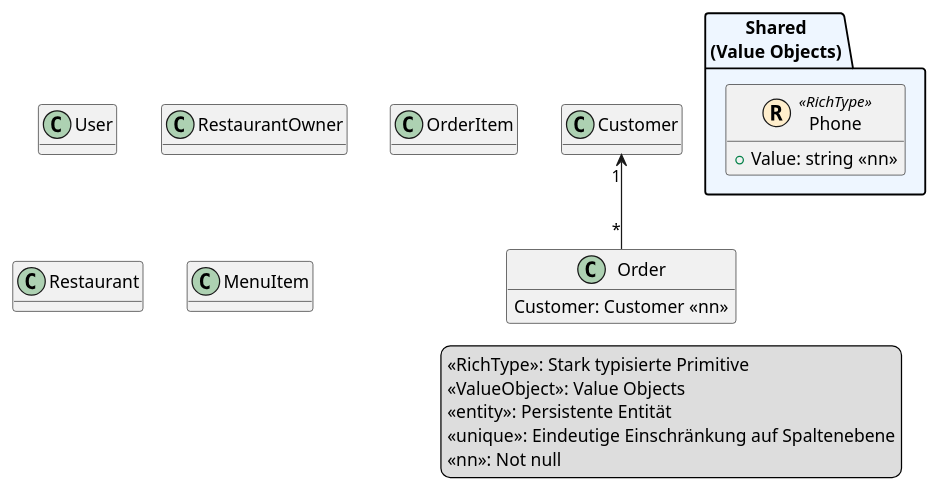
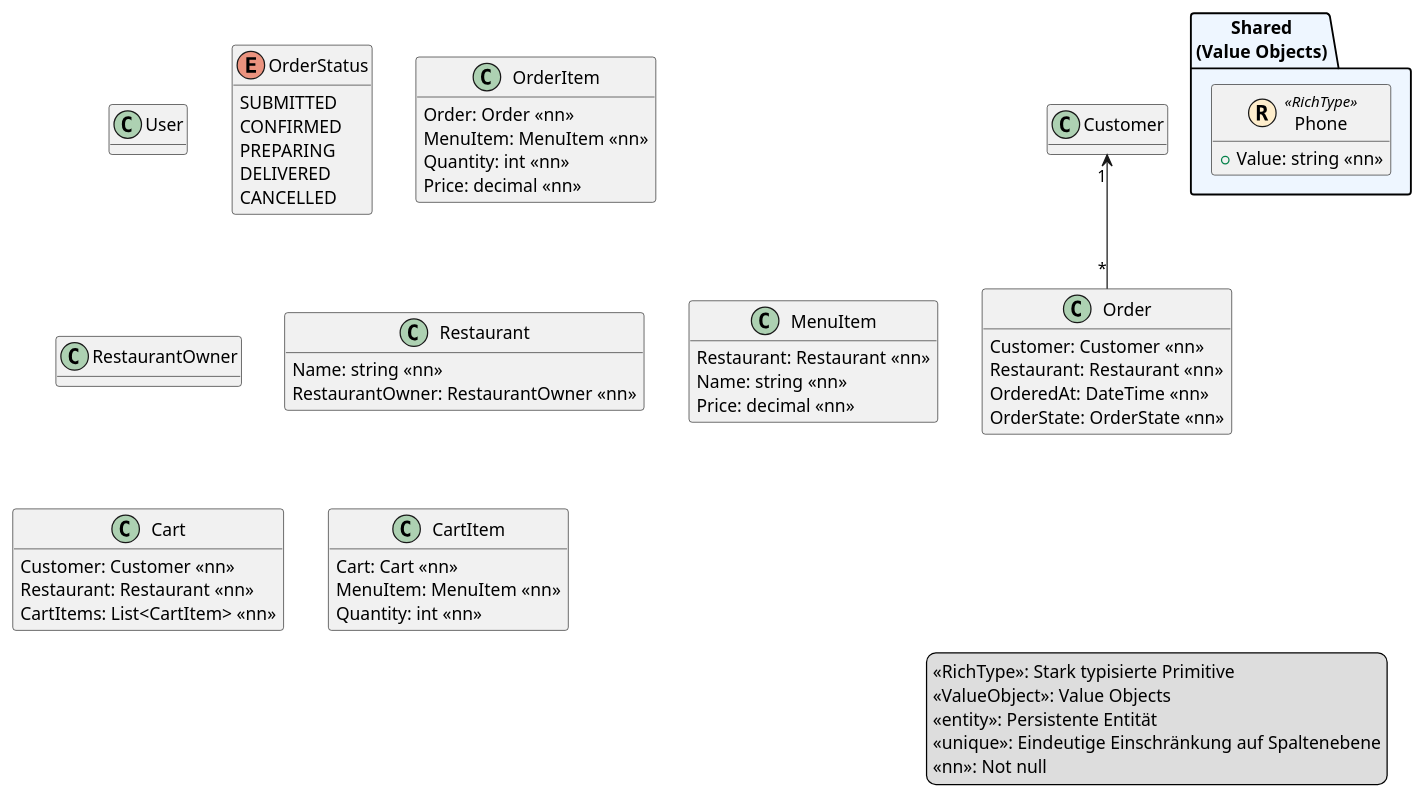
Before and after one commit to rw-dalai/spengerbite-api-6baif: the diagram in model.puml, drawn with PlantUML.

Commit message:
feat: draft puml

```diff
--- a/model.puml
+++ b/model.puml
@@ -1,49 +1,84 @@
 @startuml
 ' ---- Layout & Stil ----
 hide empty methods
  
 ' ---- Legende ----
 legend right
 <<RichType>>: Stark typisierte Primitive
 <<ValueObject>>: Value Objects
 <<entity>>: Persistente Entität
 <<unique>>: Eindeutige Einschränkung auf Spaltenebene
 <<nn>>: Not null
 endlegend
  
 ' ===================== Packages =====================
 
 package "Shared\n(Value Objects)" as P_Shared #EEF6FF {
  
   class Phone << (R,#FFEECC) RichType >> {
     +Value: string <<nn>>
   }
 }
 
 class User {}
 
 class Customer {}
 
+enum OrderStatus {
+  SUBMITTED
+  CONFIRMED
+  PREPARING
+  DELIVERED
+  CANCELLED
+}
+
+class Order {
+  Customer: Customer <<nn>>
+  Restaurant: Restaurant <<nn>>
+  OrderedAt: DateTime <<nn>>
+  OrderState: OrderState <<nn>>
+}
+
+class OrderItem {
+  Order: Order <<nn>>
+  MenuItem: MenuItem <<nn>>
+  Quantity: int <<nn>>
+  Price: decimal <<nn>>
+}
+
 class RestaurantOwner {}
 
-class Order {
- Customer: Customer <<nn>>
+class Restaurant {
+  Name: string <<nn>>
+  RestaurantOwner: RestaurantOwner <<nn>>
 }
 
-class OrderItem {}
+class MenuItem {
+  Restaurant: Restaurant <<nn>>
+  Name: string <<nn>>
+  Price: decimal <<nn>>
+}
 
-class Restaurant {}
+class Cart {
+   Customer: Customer <<nn>>
+   Restaurant: Restaurant <<nn>>
+   CartItems: List<CartItem> <<nn>>
+}
 
-class MenuItem {}
+class CartItem {
+   Cart: Cart <<nn>>
+   MenuItem: MenuItem <<nn>>
+   Quantity: int <<nn>>
+}
 
 
 'Beziehungen
 
 
 ' ===================== Beziehungen =====================
 
 Customer "1" <-- "*" Order
 
 
 
 @enduml
```
